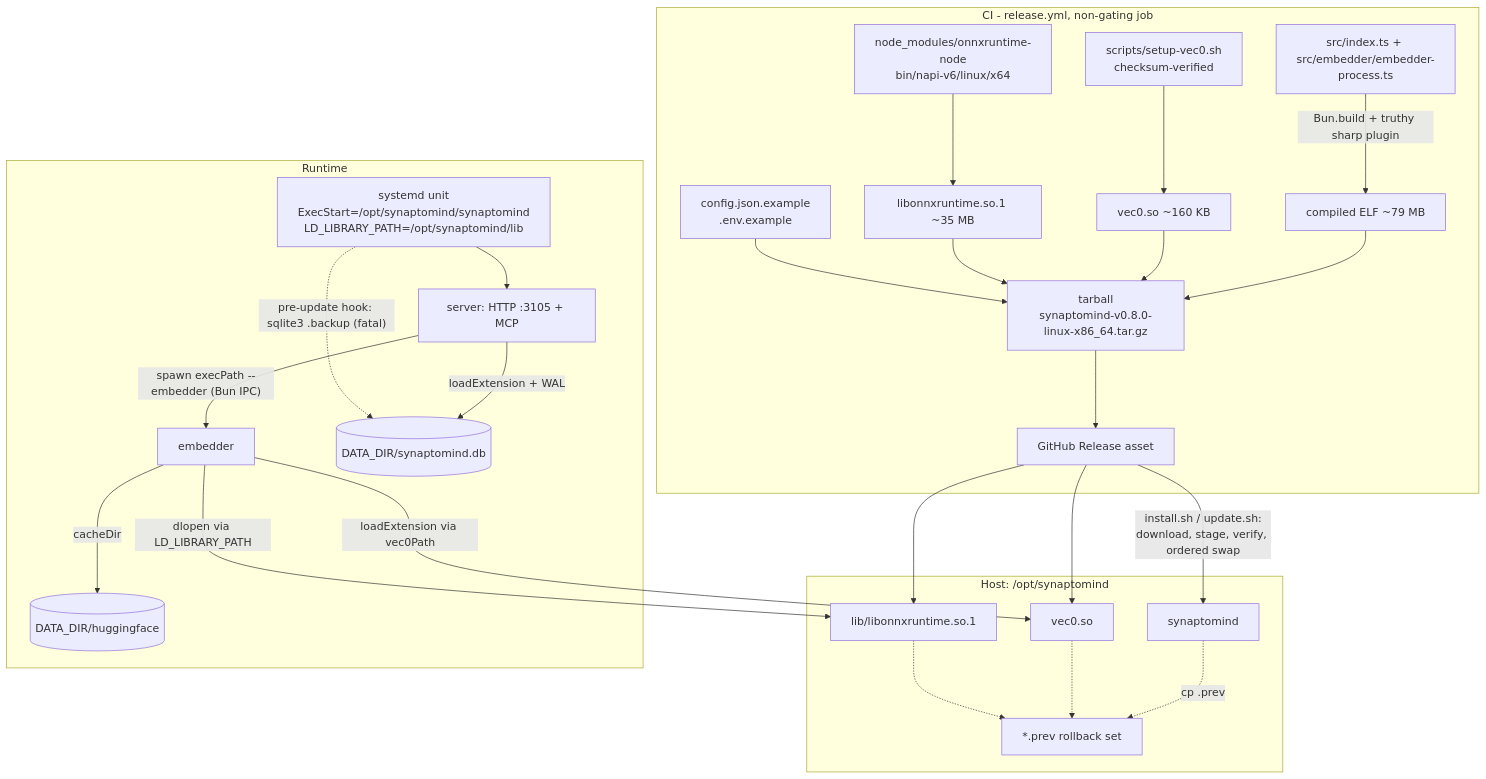
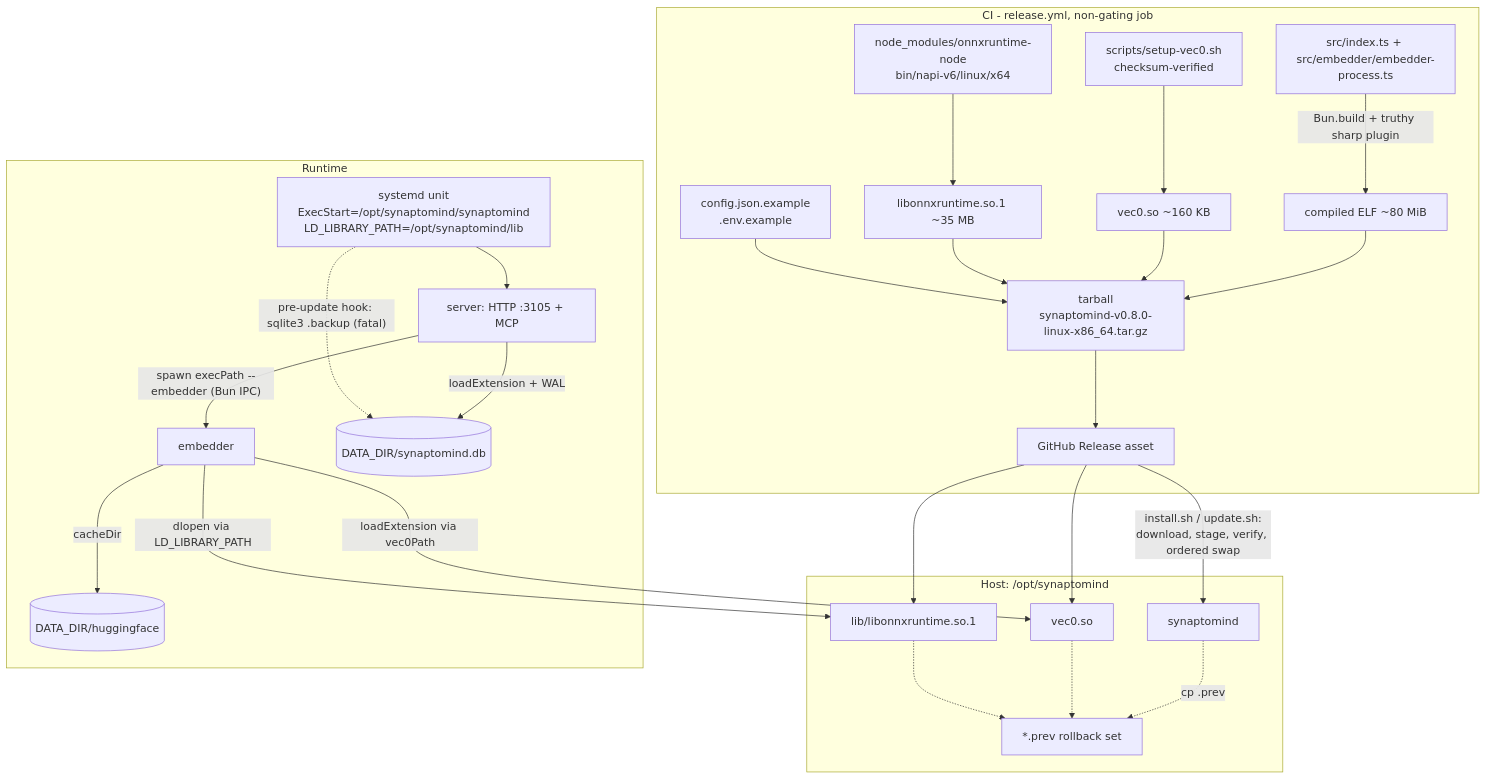
The first of 2 diagrams in docs/adr/0001-self-contained-binary-tarball-deployment.md (zumik3-del/synaptomind), drawn with Mermaid before and after one commit. The commit also changed other lines of this file, not shown here.

````diff
--- a/docs/adr/0001-self-contained-binary-tarball-deployment.md
+++ b/docs/adr/0001-self-contained-binary-tarball-deployment.md
@@ -437,33 +444,33 @@
 ```mermaid
 flowchart TB
   subgraph CI["CI - release.yml, non-gating job"]
-    A["src/index.ts + src/embedder/embedder-process.ts"] -->|"Bun.build + truthy sharp plugin"| B["compiled ELF ~79 MB"]
+    A["src/index.ts + src/embedder/embedder-process.ts"] -->|"Bun.build + truthy sharp plugin"| B["compiled ELF ~80 MiB"]
     S["scripts/setup-vec0.sh<br/>checksum-verified"] --> C["vec0.so ~160 KB"]
     D["node_modules/onnxruntime-node<br/>bin/napi-v6/linux/x64"] --> E["libonnxruntime.so.1 ~35 MB"]
     B --> G["tarball<br/>synaptomind-v0.8.0-linux-x86_64.tar.gz"]
     C --> G
     E --> G
     F["config.json.example<br/>.env.example"] --> G
     G --> H["GitHub Release asset"]
   end
 
   subgraph HOST["Host: /opt/synaptomind"]
     H -->|"install.sh / update.sh:<br/>download, stage, verify, ordered swap"| P1["synaptomind"]
     H --> P2["vec0.so"]
     H --> P3["lib/libonnxruntime.so.1"]
     P1 -.->|"cp .prev"| R1["*.prev rollback set"]
     P2 -.-> R1
     P3 -.-> R1
   end
 
   subgraph RT["Runtime"]
     U["systemd unit<br/>ExecStart=/opt/synaptomind/synaptomind<br/>LD_LIBRARY_PATH=/opt/synaptomind/lib"] --> S1["server: HTTP :3105 + MCP"]
     S1 -->|"spawn execPath --embedder (Bun IPC)"| S2["embedder"]
     S1 -->|"loadExtension + WAL"| S3[("DATA_DIR/synaptomind.db")]
     S2 -->|"dlopen via LD_LIBRARY_PATH"| P3
     S2 -->|"loadExtension via vec0Path"| P2
     S2 -->|"cacheDir"| S4[("DATA_DIR/huggingface")]
   end
 
   U -.->|"pre-update hook: sqlite3 .backup (fatal)"| S3
 ```
````
